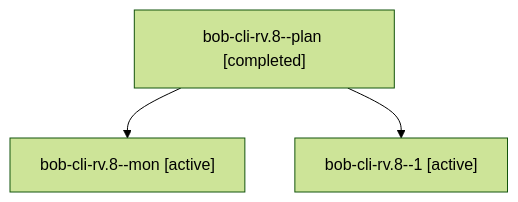
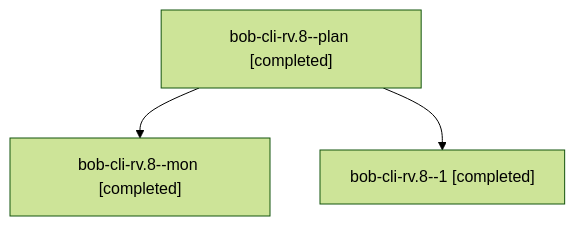
Before and after one commit to bobs-org/bob-cli--agents: the diagram in sessions/bbugyi200.athena.bob-cli-rv.8.md, drawn with Mermaid (forest theme). The commit also changed other lines of this file and 67 other files, not shown here.

````diff
--- a/sessions/bbugyi200.athena.bob-cli-rv.8.md
+++ b/sessions/bbugyi200.athena.bob-cli-rv.8.md
@@ -9,8 +9,8 @@
 ```mermaid
 flowchart TD
   n0["bob-cli-rv.8--plan [completed]"]
-  n1["bob-cli-rv.8--mon [active]"]
+  n1["bob-cli-rv.8--mon [completed]"]
   n0 --> n1
-  n2["bob-cli-rv.8--1 [active]"]
+  n2["bob-cli-rv.8--1 [completed]"]
   n0 --> n2
 ```
````
